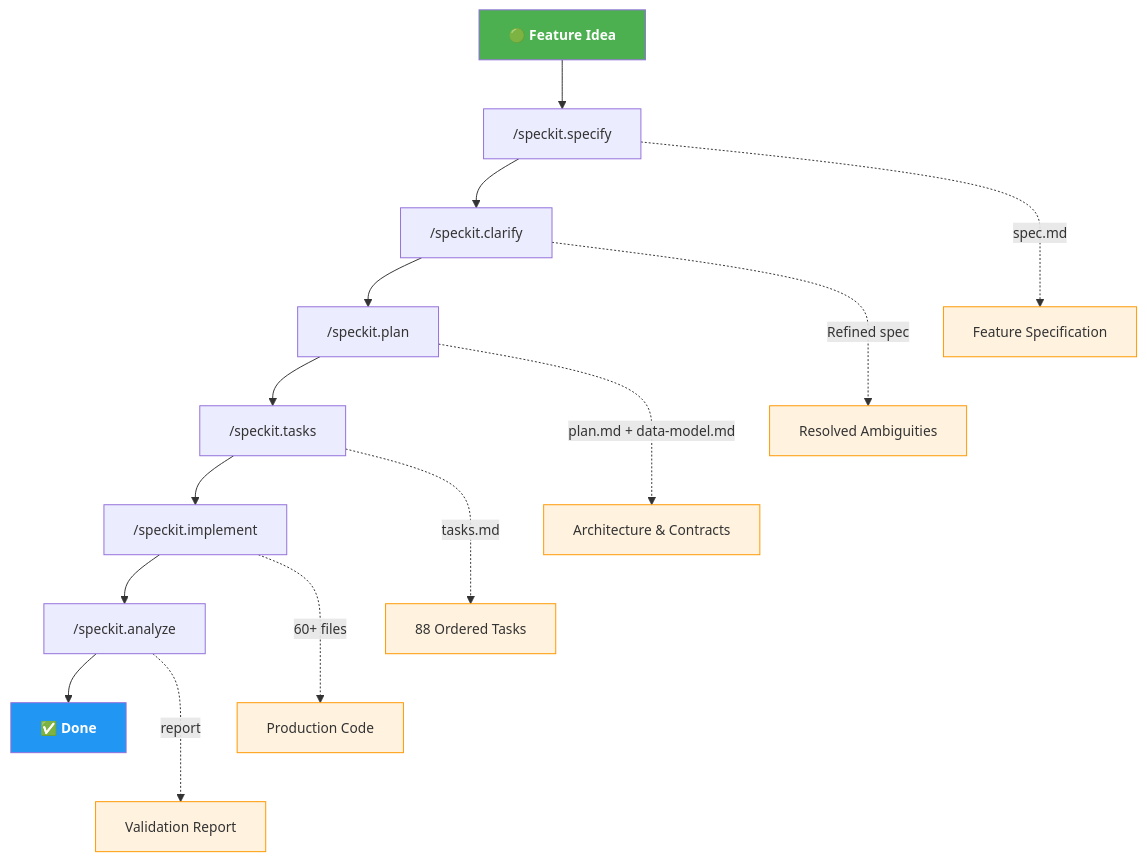
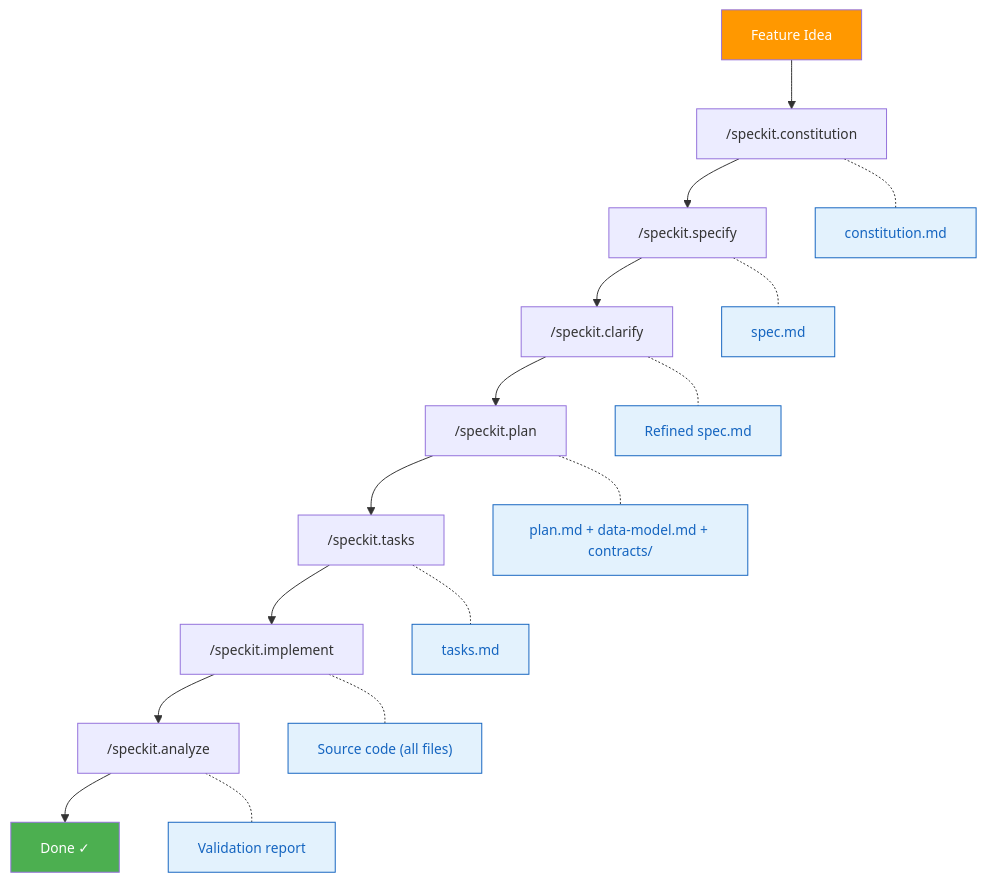
The diagram in docs/index.md (ibranibeny/Overview-Github-Spec-kit), drawn with Mermaid before and after one commit. The commit also changed other lines of this file and 7 other files, not shown here.

````diff
--- a/docs/index.md
+++ b/docs/index.md
@@ -36,22 +22,26 @@
 ```mermaid
 %%{init: {'theme': 'default', 'themeVariables': {'fontSize': '14px'}}}%%
 flowchart TD
-    A["🟢 Feature Idea"]:::start --> B["/speckit.specify"]
-    B --> C["/speckit.clarify"]
-    C --> D["/speckit.plan"]
-    D --> E["/speckit.tasks"]
-    E --> F["/speckit.implement"]
-    F --> G["/speckit.analyze"]
-    G --> H["✅ Done"]:::done
+    A["Feature Idea"] --> B["/speckit.constitution"]
+    B --> C["/speckit.specify"]
+    C --> D["/speckit.clarify"]
+    D --> E["/speckit.plan"]
+    E --> F["/speckit.tasks"]
+    F --> G["/speckit.implement"]
+    G --> H["/speckit.analyze"]
+    H --> I["Done ✓"]
 
-    B -..->|"spec.md"| B1["Feature Specification"]:::artifact
-    C -..->|"Refined spec"| C1["Resolved Ambiguities"]:::artifact
-    D -..->|"plan.md + data-model.md"| D1["Architecture & Contracts"]:::artifact
-    E -..->|"tasks.md"| E1["88 Ordered Tasks"]:::artifact
-    F -..->|"60+ files"| F1["Production Code"]:::artifact
-    G -..->|"report"| G1["Validation Report"]:::artifact
+    B -.- B1["constitution.md"]
+    C -.- C1["spec.md"]
+    D -.- D1["Refined spec.md"]
+    E -.- E1["plan.md + data-model.md + contracts/"]
+    F -.- F1["tasks.md"]
+    G -.- G1["Source code (all files)"]
+    H -.- H1["Validation report"]
 
-    classDef start fill:#4CAF50,color:#fff,font-weight:bold
-    classDef done fill:#2196F3,color:#fff,font-weight:bold
-    classDef artifact fill:#FFF3E0,stroke:#FF9800,color:#333
+    classDef artifact fill:#E3F2FD,stroke:#1565C0,color:#1565C0
+    class B1,C1,D1,E1,F1,G1,H1 artifact
+
+    style A fill:#FF9800,color:#fff
+    style I fill:#4CAF50,color:#fff
 ```
````
